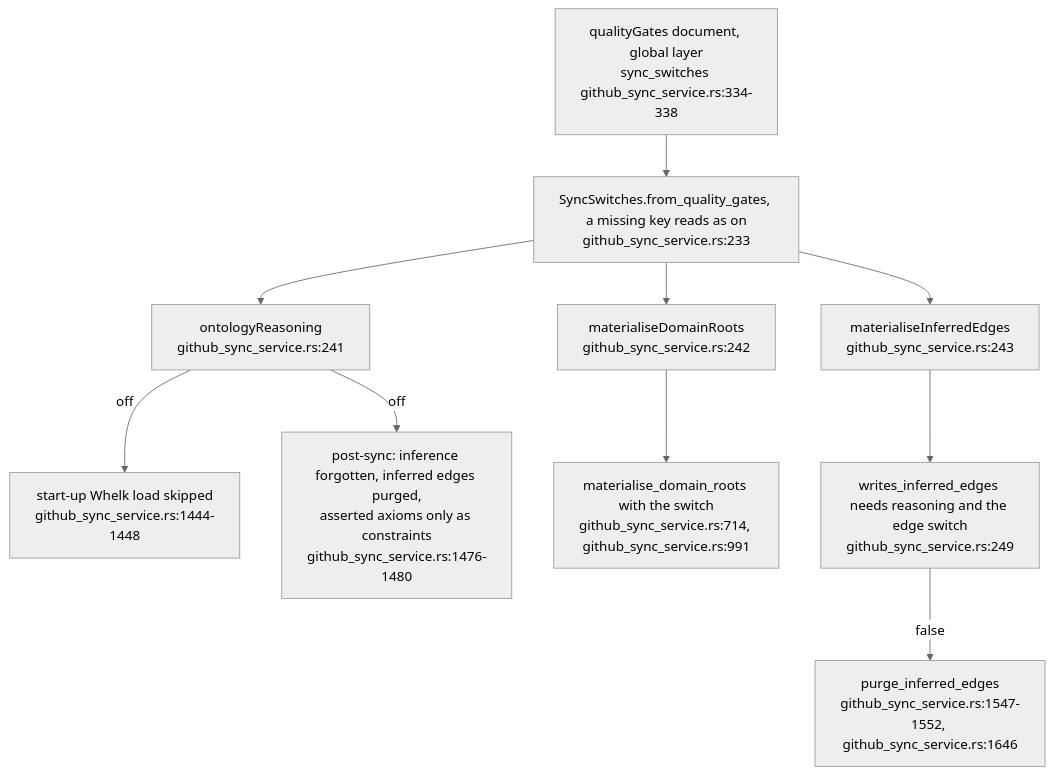
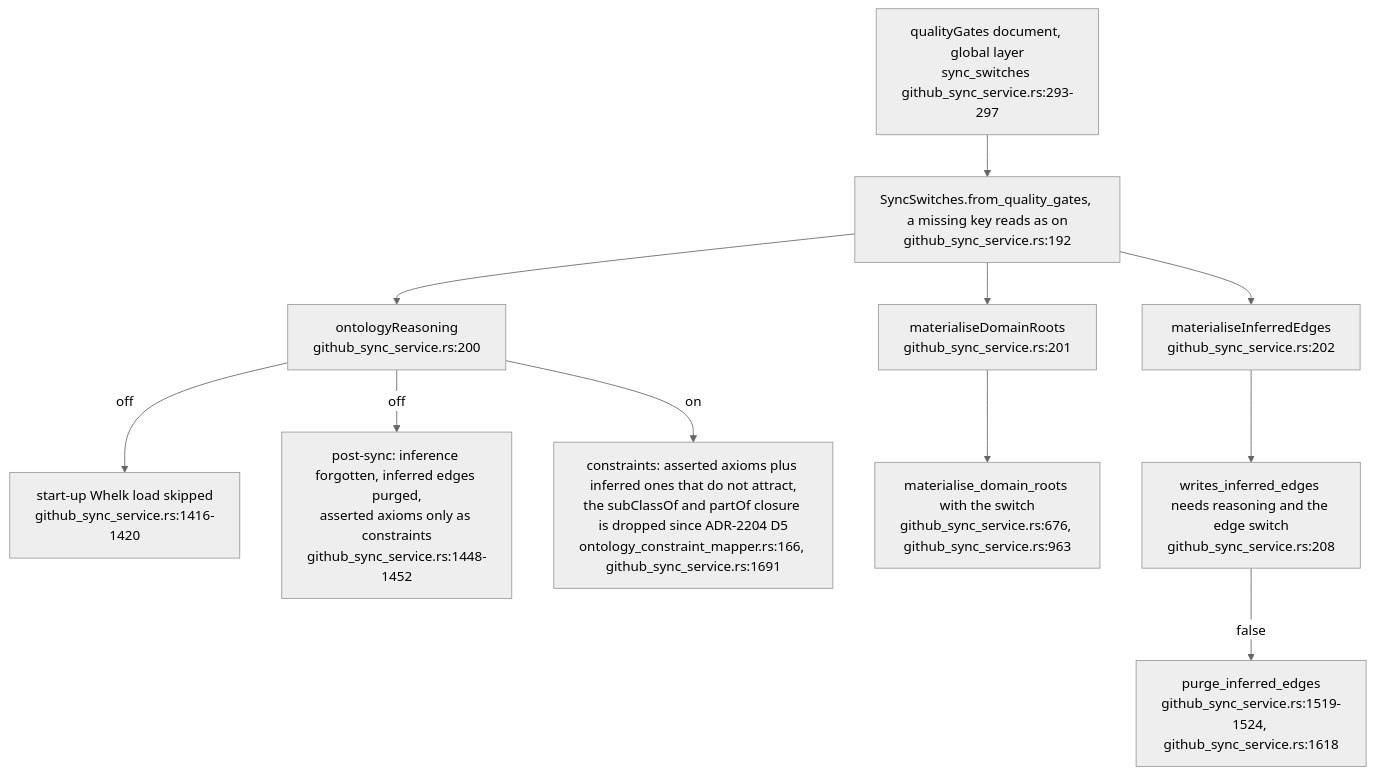
The second of 3 diagrams in docs/diagrams/visionclaw/61-reasoner-and-node-thinning-switches.md (DreamLab-AI/VisionFlow), drawn with Mermaid (neutral theme) before and after one commit. The commit also changed other lines of this file and 2 other files, not shown here.

First line of the commit message:
diagrams(visionclaw): re-verify VC-59, VC-60, VC-61 at visionclaw 4900ec60b

````diff
--- a/docs/diagrams/visionclaw/61-reasoner-and-node-thinning-switches.md
+++ b/docs/diagrams/visionclaw/61-reasoner-and-node-thinning-switches.md
@@ -57,12 +58,13 @@
 ```mermaid
 flowchart TB
-    QG["qualityGates document, global layer<br/>sync_switches github_sync_service.rs:334-338"] --> SW["SyncSwitches.from_quality_gates, a missing key reads as on<br/>github_sync_service.rs:233"]
-    SW --> R["ontologyReasoning<br/>github_sync_service.rs:241"]
-    SW --> D["materialiseDomainRoots<br/>github_sync_service.rs:242"]
-    SW --> I["materialiseInferredEdges<br/>github_sync_service.rs:243"]
-    R -->|"off"| NOWH["start-up Whelk load skipped<br/>github_sync_service.rs:1444-1448"]
-    R -->|"off"| ASSERT["post-sync: inference forgotten, inferred edges purged,<br/>asserted axioms only as constraints<br/>github_sync_service.rs:1476-1480"]
-    D --> ROOTS["materialise_domain_roots with the switch<br/>github_sync_service.rs:714, github_sync_service.rs:991"]
-    I --> WIE["writes_inferred_edges needs reasoning and the edge switch<br/>github_sync_service.rs:249"]
-    WIE -->|"false"| PURGE["purge_inferred_edges<br/>github_sync_service.rs:1547-1552, github_sync_service.rs:1646"]
+    QG["qualityGates document, global layer<br/>sync_switches github_sync_service.rs:293-297"] --> SW["SyncSwitches.from_quality_gates, a missing key reads as on<br/>github_sync_service.rs:192"]
+    SW --> R["ontologyReasoning<br/>github_sync_service.rs:200"]
+    SW --> D["materialiseDomainRoots<br/>github_sync_service.rs:201"]
+    SW --> I["materialiseInferredEdges<br/>github_sync_service.rs:202"]
+    R -->|"off"| NOWH["start-up Whelk load skipped<br/>github_sync_service.rs:1416-1420"]
+    R -->|"off"| ASSERT["post-sync: inference forgotten, inferred edges purged,<br/>asserted axioms only as constraints<br/>github_sync_service.rs:1448-1452"]
+    R -->|"on"| INF["constraints: asserted axioms plus inferred ones that do not attract,<br/>the subClassOf and partOf closure is dropped since ADR-2204 D5<br/>ontology_constraint_mapper.rs:166, github_sync_service.rs:1691"]
+    D --> ROOTS["materialise_domain_roots with the switch<br/>github_sync_service.rs:676, github_sync_service.rs:963"]
+    I --> WIE["writes_inferred_edges needs reasoning and the edge switch<br/>github_sync_service.rs:208"]
+    WIE -->|"false"| PURGE["purge_inferred_edges<br/>github_sync_service.rs:1519-1524, github_sync_service.rs:1618"]
 ```
````
